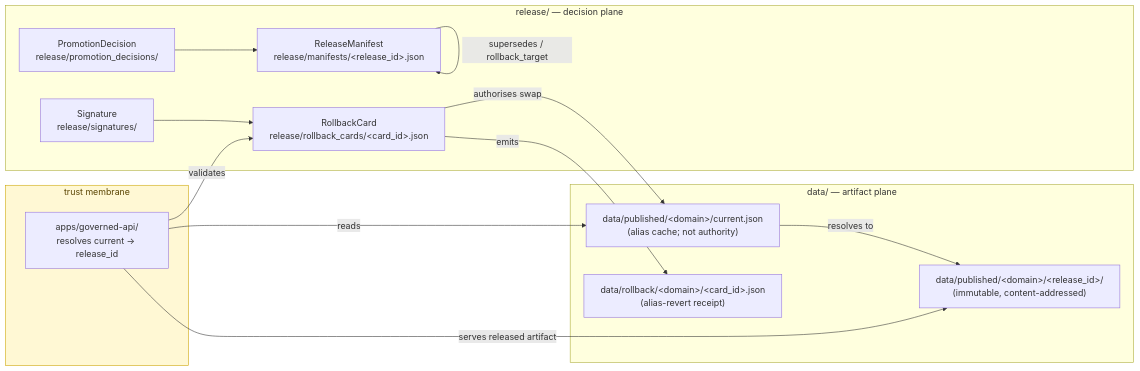
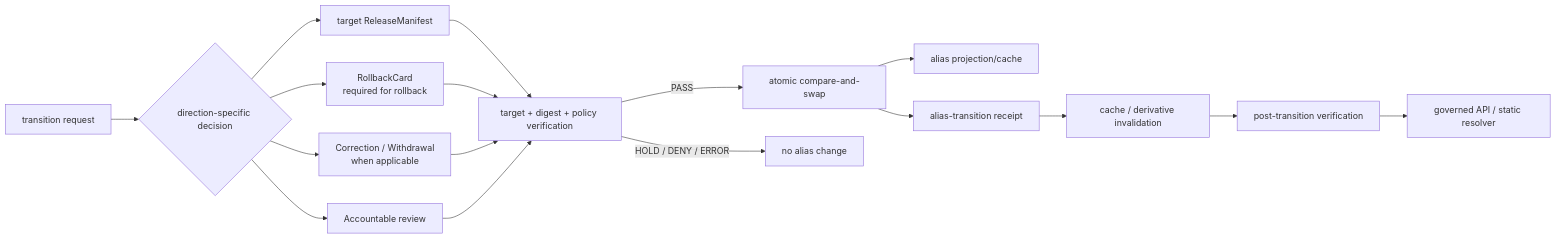
One commit to bartytime4life/Kansas-Frontier-Matrix changed the diagram in docs/adr/ADR-0015-data-published-_domain_-current-alias-is-governed-by-rollback_card.md. Above: the diagram before and after it, drawn with Mermaid. The commit also changed other lines of this file, not shown here.

Commit message:
docs(adr): modernize ADR-0015 published alias rollback boundary

````diff
--- a/docs/adr/ADR-0015-data-published-_domain_-current-alias-is-governed-by-rollback_card.md
+++ b/docs/adr/ADR-0015-data-published-_domain_-current-alias-is-governed-by-rollback_card.md
@@ -160,32 +370,19 @@
 ```mermaid
 flowchart LR
-    subgraph RP["release/ — decision plane"]
-        RC["RollbackCard<br/>release/rollback_cards/&lt;card_id&gt;.json"]
-        RM["ReleaseManifest<br/>release/manifests/&lt;release_id&gt;.json"]
-        PD["PromotionDecision<br/>release/promotion_decisions/"]
-        SG["Signature<br/>release/signatures/"]
-    end
-
-    subgraph DP["data/ — artifact plane"]
-        REL["data/published/&lt;domain&gt;/&lt;release_id&gt;/<br/>(immutable, content-addressed)"]
-        CUR["data/published/&lt;domain&gt;/current.json<br/>(alias cache; not authority)"]
-        REV["data/rollback/&lt;domain&gt;/&lt;card_id&gt;.json<br/>(alias-revert receipt)"]
-    end
-
-    subgraph TM["trust membrane"]
-        API["apps/governed-api/<br/>resolves current → release_id"]
-    end
-
-    PD --> RM
-    SG --> RC
-    RM -- "supersedes / rollback_target" --> RM
-    RC -- "authorises swap" --> CUR
-    CUR -- "resolves to" --> REL
-    RC -- "emits" --> REV
-    API -- "validates" --> RC
-    API -- "reads" --> CUR
-    API -- "serves released artifact" --> REL
-
-    classDef note fill:#fff8d4,stroke:#caa400,color:#5a4400;
-    class TM note;
+    REQ["transition request"] --> DEC{"direction-specific decision"}
+    DEC --> RM["target ReleaseManifest"]
+    DEC --> RC["RollbackCard<br/>required for rollback"]
+    DEC --> CORR["Correction / Withdrawal<br/>when applicable"]
+    DEC --> REV["Accountable review"]
+    RM --> VERIFY["target + digest + policy verification"]
+    RC --> VERIFY
+    CORR --> VERIFY
+    REV --> VERIFY
+    VERIFY -->|PASS| CAS["atomic compare-and-swap"]
+    VERIFY -->|HOLD / DENY / ERROR| STOP["no alias change"]
+    CAS --> PTR["alias projection/cache"]
+    CAS --> REC["alias-transition receipt"]
+    REC --> INV["cache / derivative invalidation"]
+    INV --> POST["post-transition verification"]
+    POST --> API["governed API / static resolver"]
 ```
````
